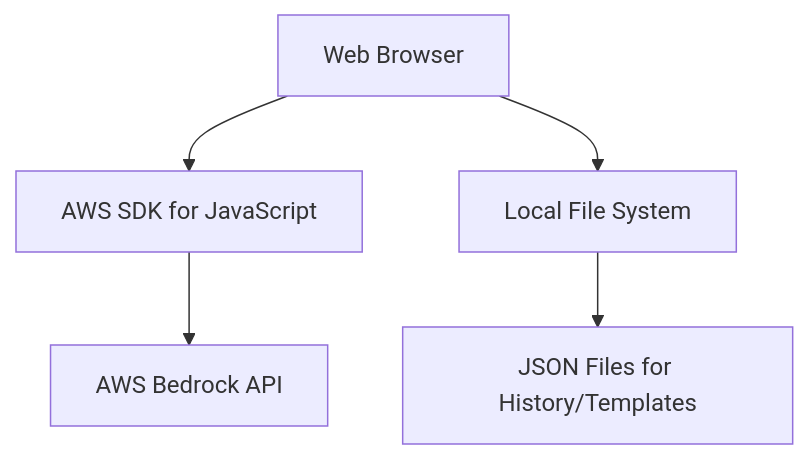
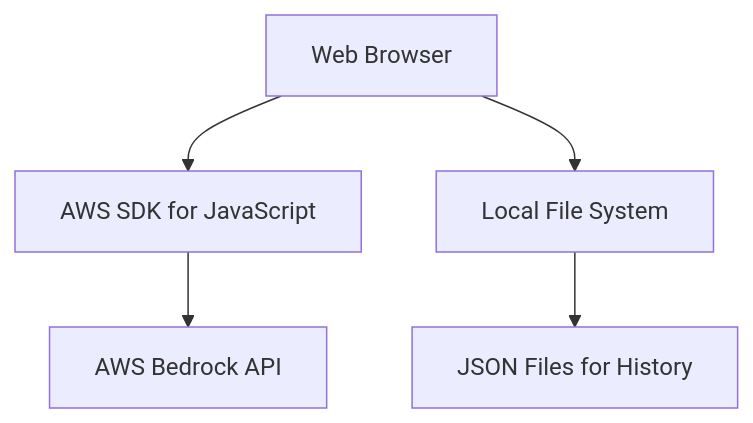
One commit to andmoredev/promptatron-3000 changed the diagram in .kiro/specs/bedrock-llm-analyzer/design.md. Above: the diagram before and after it, drawn with Mermaid. The commit also changed other lines of this file and 2 other files, not shown here.

````diff
--- a/.kiro/specs/bedrock-llm-analyzer/design.md
+++ b/.kiro/specs/bedrock-llm-analyzer/design.md
@@ -13,7 +13,7 @@
 ```mermaid
 graph TB
     A[Web Browser] --> B[AWS SDK for JavaScript]
     A --> C[Local File System]
     B --> D[AWS Bedrock API]
-    C --> E[JSON Files for History/Templates]
+    C --> E[JSON Files for History]
 ```
````
